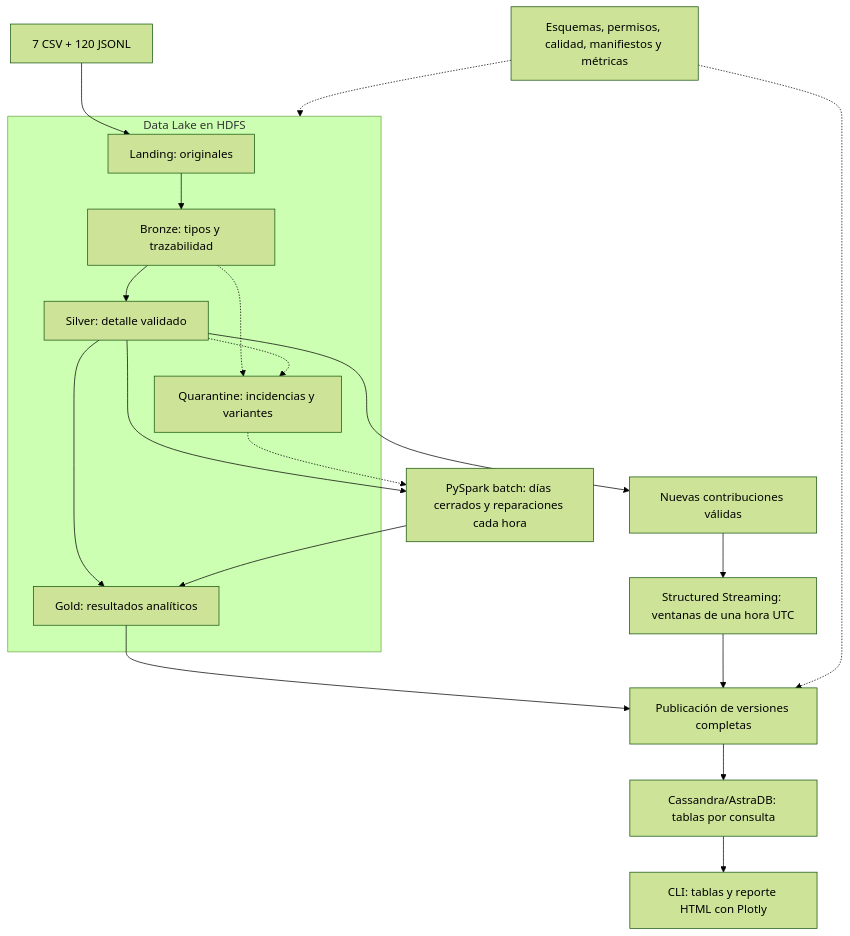
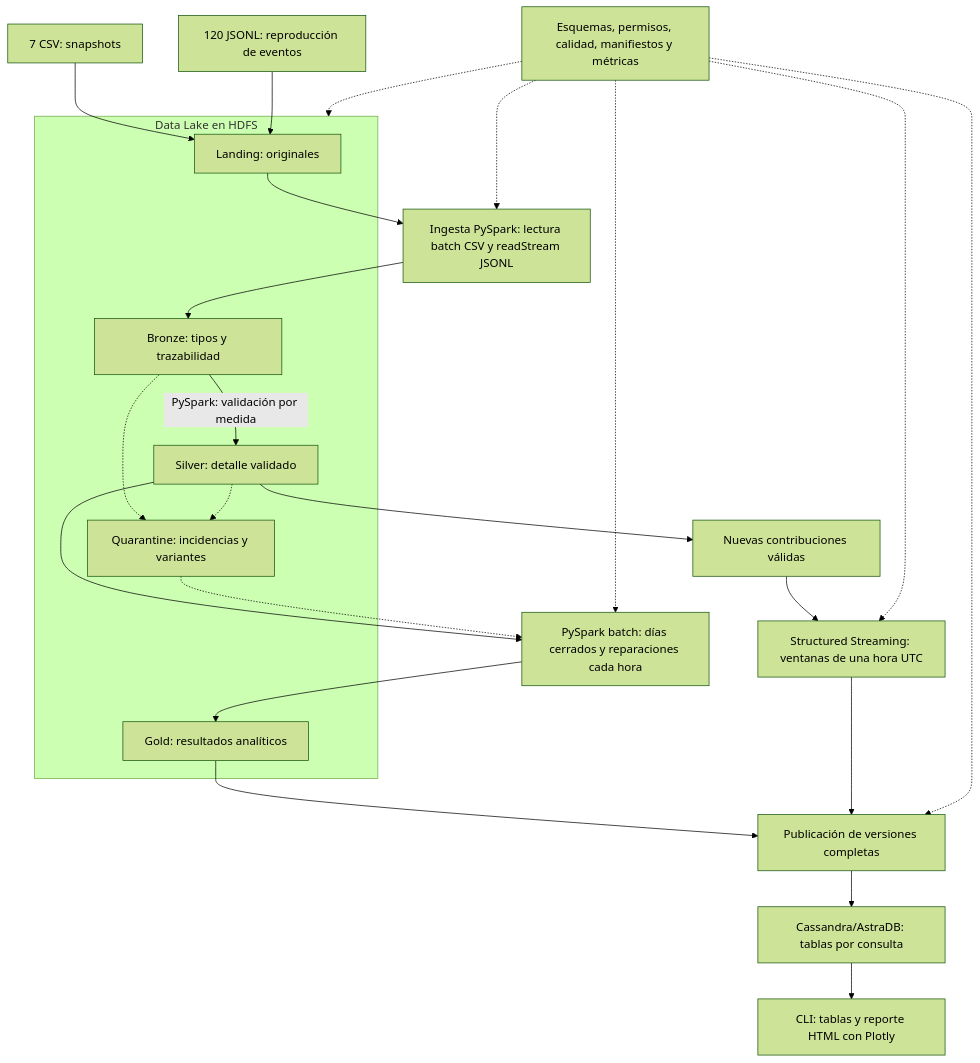
The diagram in docs/primera-entrega.md (FSendot/tpe_big_data), drawn with Mermaid (forest theme) before and after one commit. The commit also changed other lines of this file and 6 other files, not shown here.

````diff
--- a/docs/primera-entrega.md
+++ b/docs/primera-entrega.md
@@ -102,22 +124,28 @@
 ```mermaid
 flowchart TD
-    F["7 CSV + 120 JSONL"] --> L
+    F["7 CSV: snapshots"] --> L
+    E["120 JSONL: reproducción de eventos"] --> L
+    L --> I["Ingesta PySpark: lectura batch CSV y readStream JSONL"]
+    I --> B
     subgraph H["Data Lake en HDFS"]
-      L["Landing: originales"] --> B["Bronze: tipos y trazabilidad"]
-      B --> S["Silver: detalle validado"]
+      L["Landing: originales"]
+      B["Bronze: tipos y trazabilidad"] -->|"PySpark: validación por medida"| S["Silver: detalle validado"]
       B -.-> Q["Quarantine: incidencias y variantes"]
       S -.-> Q
-      S --> G["Gold: resultados analíticos"]
+      G["Gold: resultados analíticos"]
     end
     S --> N["Nuevas contribuciones válidas"]
     N --> ST["Structured Streaming: ventanas de una hora UTC"]
     S --> BA["PySpark batch: días cerrados y reparaciones cada hora"]
     Q -.-> BA
     BA --> G
     G --> P["Publicación de versiones completas"]
     ST --> P
     P --> C["Cassandra/AstraDB: tablas por consulta"]
     C --> R["CLI: tablas y reporte HTML con Plotly"]
     T["Esquemas, permisos, calidad, manifiestos y métricas"] -.-> H
+    T -.-> I
+    T -.-> ST
+    T -.-> BA
     T -.-> P
 ```
````
